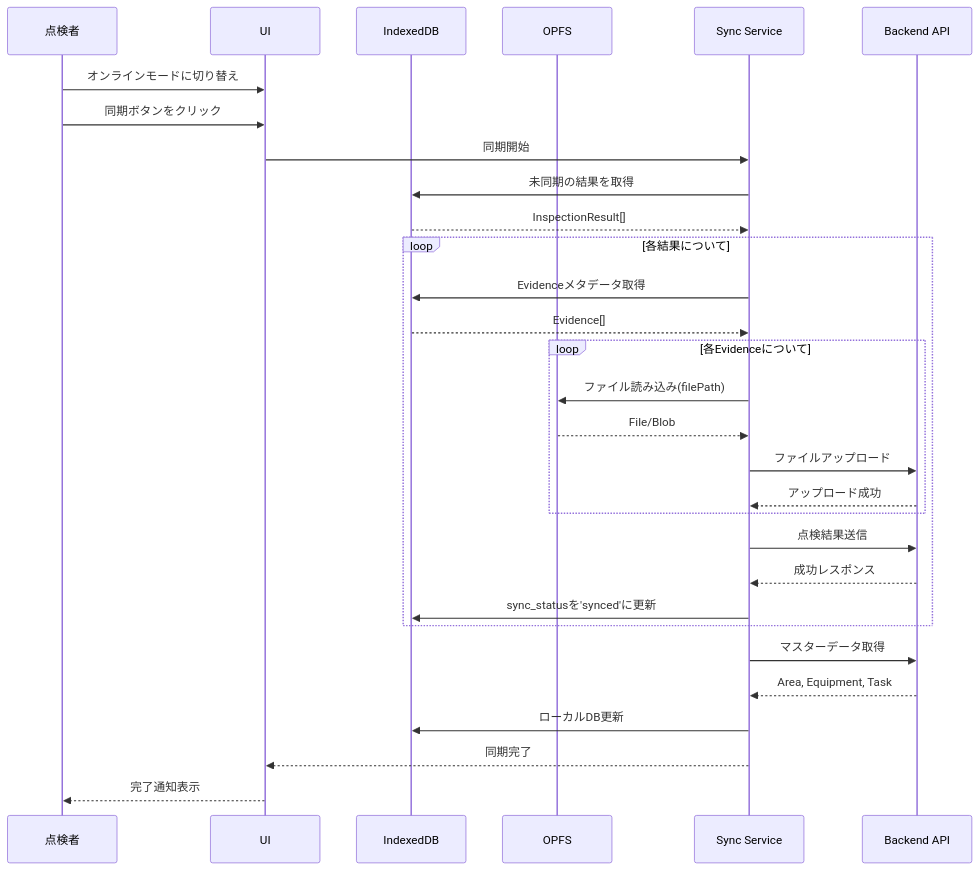
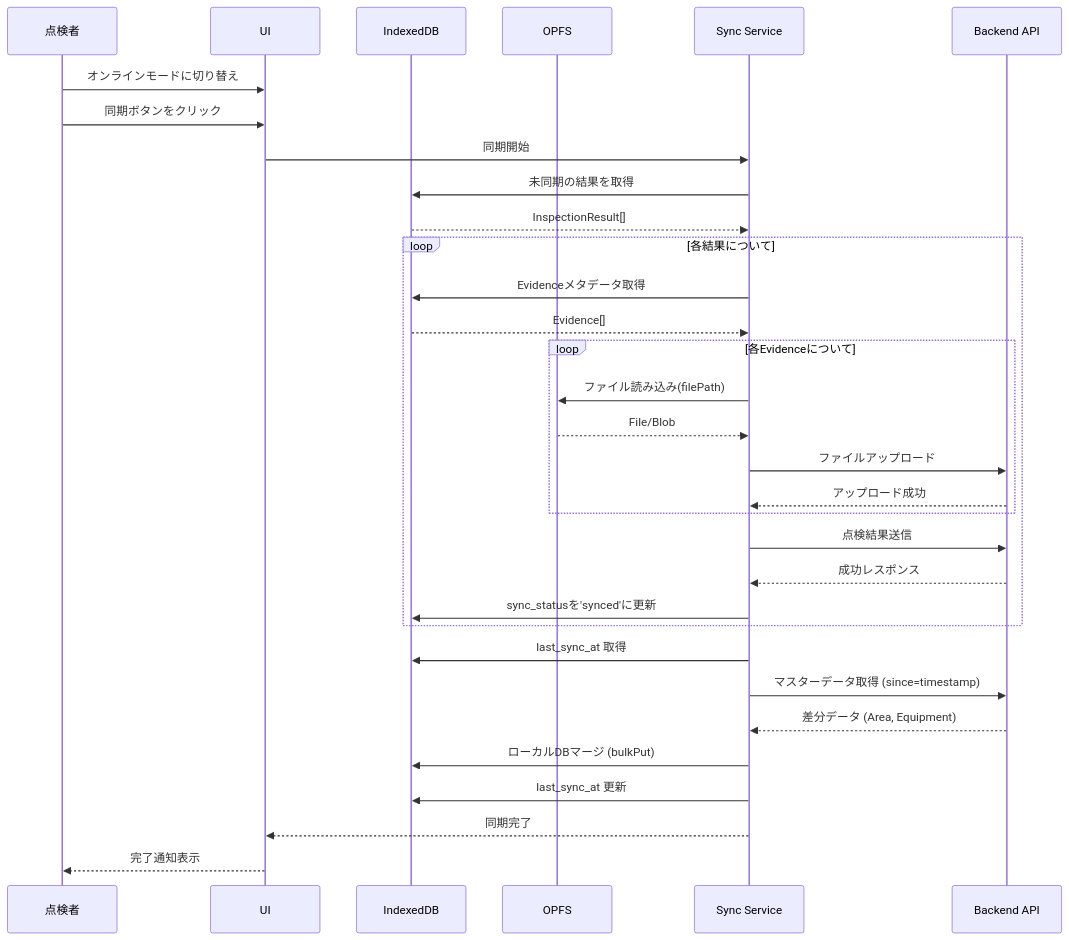
One commit to funayamateppei/local_bridge changed the third of 3 diagrams in README.md. Above: the diagram before and after it, drawn with Mermaid. The commit also changed other lines of this file and 2 other files, not shown here.

````diff
--- a/README.md
+++ b/README.md
@@ -209,40 +209,42 @@
 ```mermaid
 sequenceDiagram
     participant User as 点検者
     participant UI
     participant LocalDB as IndexedDB
     participant OPFS
     participant Sync as Sync Service
     participant API as Backend API
 
     User->>UI: オンラインモードに切り替え
     User->>UI: 同期ボタンをクリック
 
     UI->>Sync: 同期開始
 
     Sync->>LocalDB: 未同期の結果を取得
     LocalDB-->>Sync: InspectionResult[]
 
     loop 各結果について
         Sync->>LocalDB: Evidenceメタデータ取得
         LocalDB-->>Sync: Evidence[]
 
         loop 各Evidenceについて
             Sync->>OPFS: ファイル読み込み(filePath)
             OPFS-->>Sync: File/Blob
             Sync->>API: ファイルアップロード
             API-->>Sync: アップロード成功
         end
 
         Sync->>API: 点検結果送信
         API-->>Sync: 成功レスポンス
         Sync->>LocalDB: sync_statusを'synced'に更新
     end
 
-    Sync->>API: マスターデータ取得
-    API-->>Sync: Area, Equipment, Task
-    Sync->>LocalDB: ローカルDB更新
+    Sync->>LocalDB: last_sync_at 取得
+    Sync->>API: マスターデータ取得 (since=timestamp)
+    API-->>Sync: 差分データ (Area, Equipment)
+    Sync->>LocalDB: ローカルDBマージ (bulkPut)
+    Sync->>LocalDB: last_sync_at 更新
 
     Sync-->>UI: 同期完了
     UI-->>User: 完了通知表示
 ```
````
